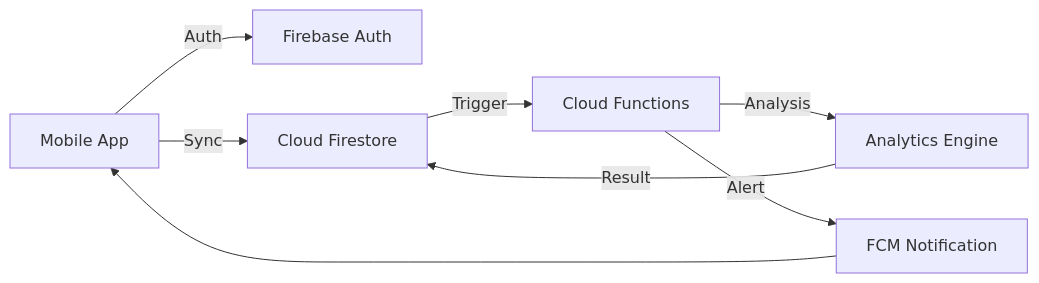
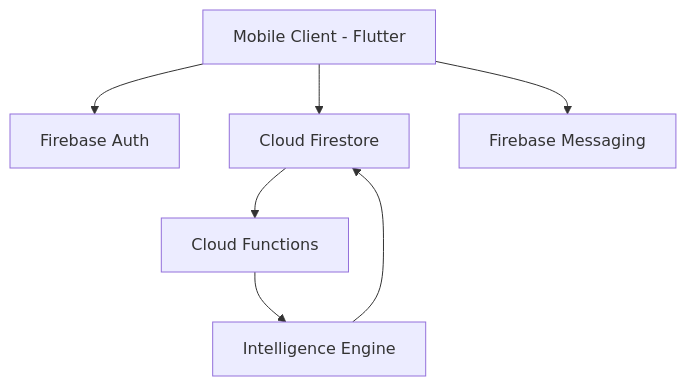
One commit to nayrbryanGaming/flowtask-smart-todo-app changed the diagram in README.md. Above: the diagram before and after it, drawn with Mermaid. The commit also changed other lines of this file and 62 other files, not shown here.

````diff
--- a/README.md
+++ b/README.md
@@ -38,10 +40,9 @@
 ```mermaid
-graph LR
-    A[Mobile App] -- Auth --> B[Firebase Auth]
-    A -- Sync --> C[Cloud Firestore]
-    C -- Trigger --> D[Cloud Functions]
-    D -- Analysis --> E[Analytics Engine]
-    E -- Result --> C
-    D -- Alert --> F[FCM Notification]
-    F --> A
+graph TD
+    A[Mobile Client - Flutter] --> B[Firebase Auth]
+    A --> C[Cloud Firestore]
+    A --> D[Firebase Messaging]
+    C --> E[Cloud Functions]
+    E --> F[Intelligence Engine]
+    F --> C
 ```
````
